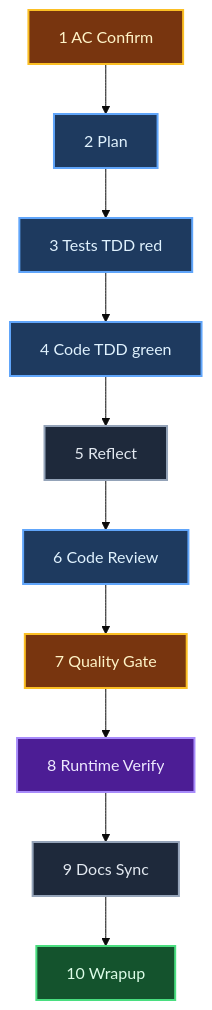
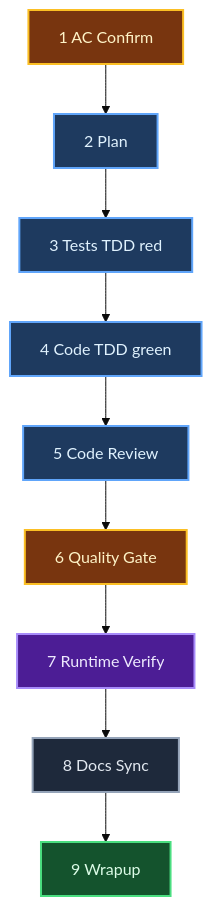
One commit to icarloscornejo/doer changed the first of 3 diagrams in README.md. Above: the diagram before and after it, drawn with Mermaid (base theme). The commit also changed other lines of this file, not shown here.

````diff
--- a/README.md
+++ b/README.md
@@ -13,18 +13,17 @@
 ```mermaid
 flowchart TD
     A[1 AC Confirm]:::gate --> B[2 Plan]:::loop
     B --> C[3 Tests TDD red]:::loop
     C --> D[4 Code TDD green]:::loop
-    D --> E[5 Reflect]:::plain
-    E --> F[6 Code Review]:::loop
-    F --> G[7 Quality Gate]:::gate
-    G --> H[8 Runtime Verify]:::runtime
-    H --> I[9 Docs Sync]:::plain
-    I --> J[10 Wrapup]:::final
+    D --> E[5 Code Review]:::loop
+    E --> F[6 Quality Gate]:::gate
+    F --> G[7 Runtime Verify]:::runtime
+    G --> H[8 Docs Sync]:::plain
+    H --> I[9 Wrapup]:::final
 
     classDef loop fill:#1e3a5f,stroke:#60a5fa,stroke-width:2px,color:#e0f2fe
     classDef gate fill:#78350f,stroke:#fbbf24,stroke-width:2px,color:#fef3c7
     classDef final fill:#14532d,stroke:#4ade80,stroke-width:2px,color:#dcfce7
     classDef plain fill:#1e293b,stroke:#94a3b8,stroke-width:2px,color:#e2e8f0
     classDef runtime fill:#4c1d95,stroke:#a78bfa,stroke-width:2px,color:#ede9fe
 ```
````
